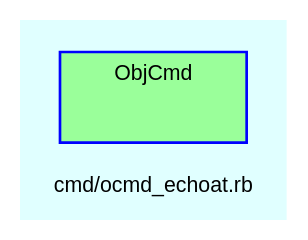
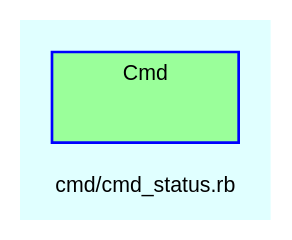
The diagram in doc/dot/f_31.dot (Tyche/teensymud), drawn with Graphviz before and after one commit. The commit also changed 121 other files, not shown here.

```diff
--- a/doc/dot/f_31.dot
+++ b/doc/dot/f_31.dot
@@ -1,29 +1,29 @@
 digraph TopLevel {
     compound = true
     bgcolor = lightcyan1
     fontname = Arial
     fontsize = 8
-    label = "cmd/ocmd_echoat.rb"
+    label = "cmd/cmd_status.rb"
     node [
         fontname = Arial,
         fontsize = 8,
         color = black
     ]
 
-    subgraph cluster_ObjCmd {
+    subgraph cluster_Cmd {
         fillcolor = palegreen1
-        URL = "classes/ObjCmd.html"
+        URL = "classes/Cmd.html"
         fontname = Arial
         color = blue
-        label = "ObjCmd"
+        label = "Cmd"
         style = filled
-        ObjCmd [
+        Cmd [
             shape = plaintext,
             height = 0.01,
             width = 0.75,
             label = ""
         ]
 
     }
 
 }
```
